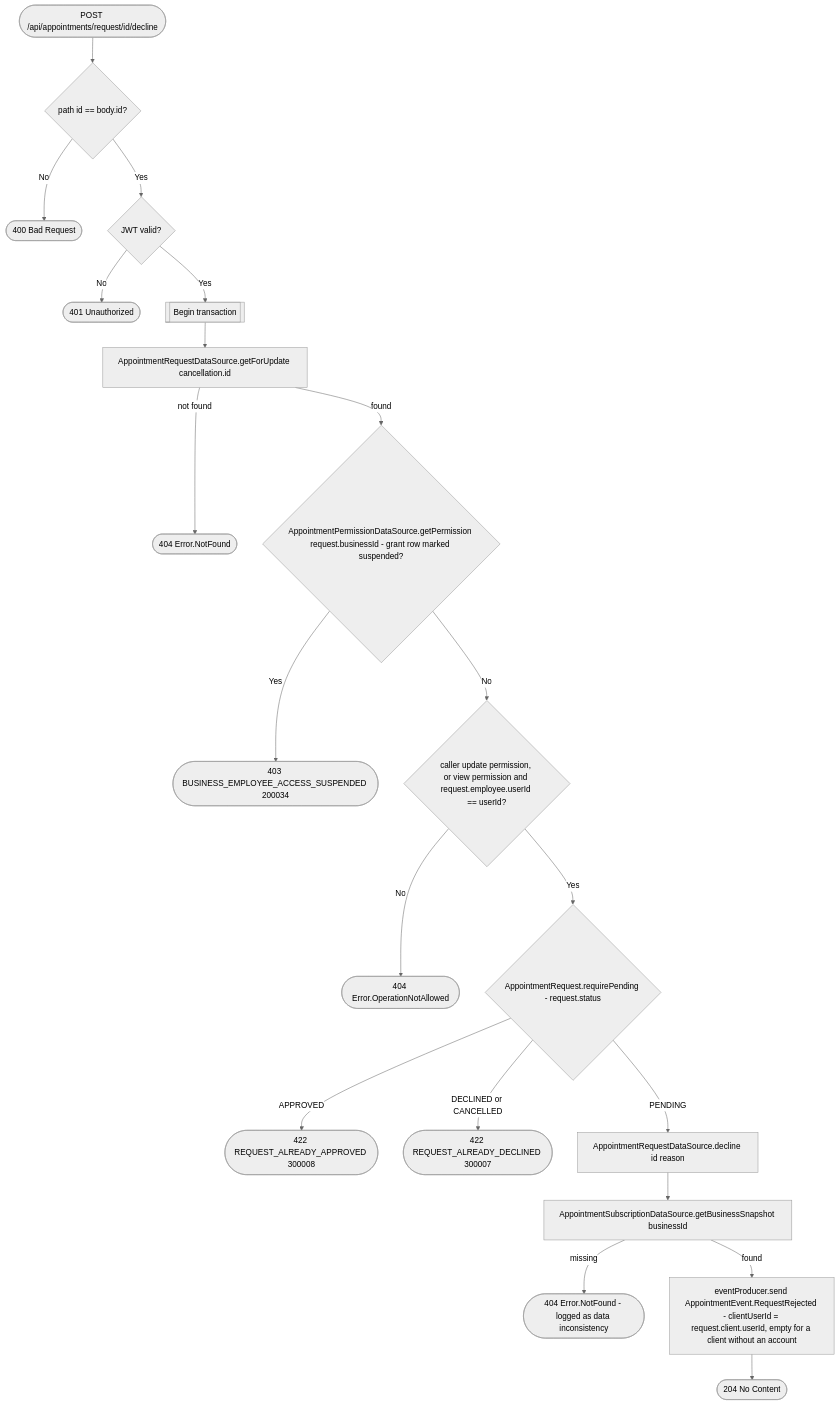
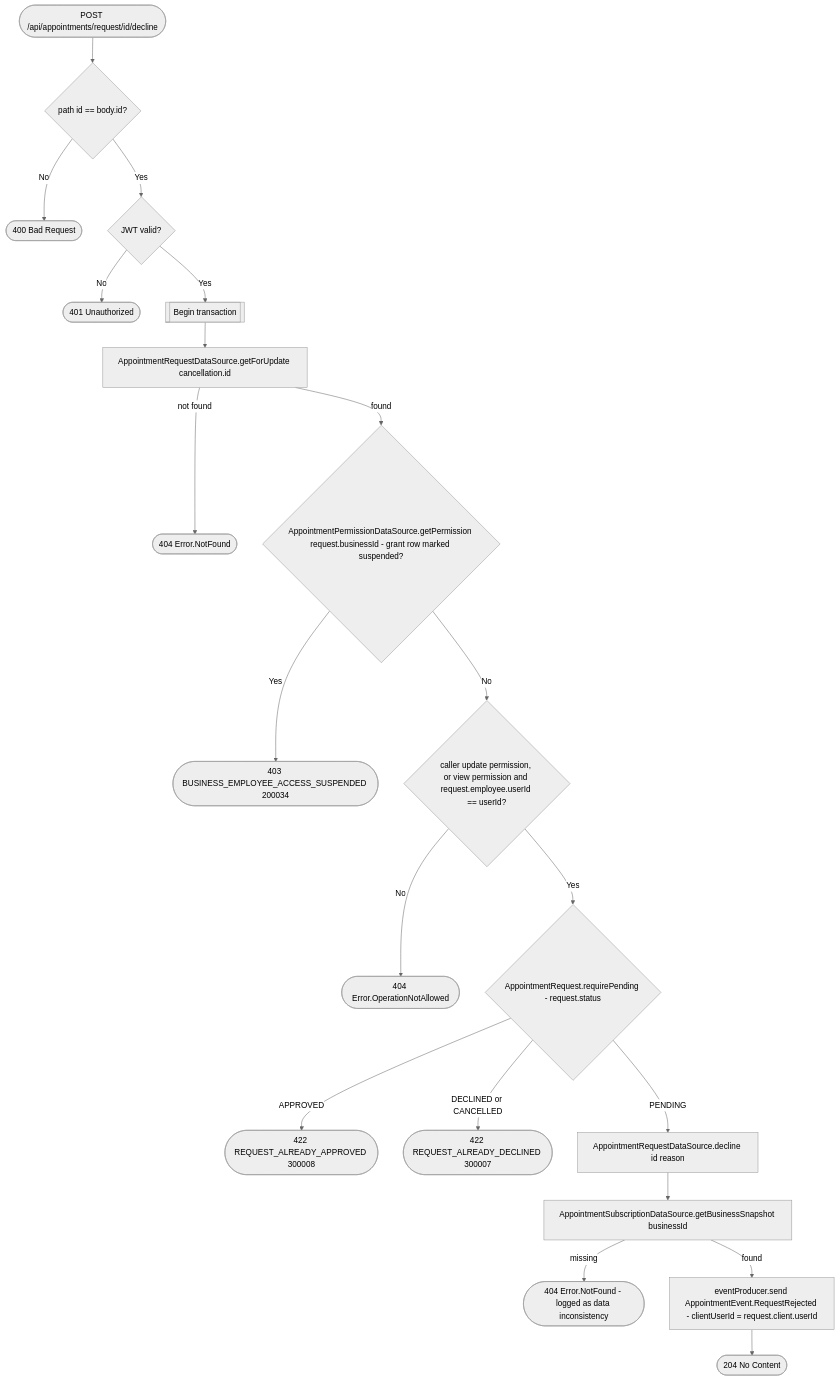
Before and after one commit to nocturneproperties/bookkme: the diagram in docs/operations/appointments/decline-appointment-request.md, drawn with Mermaid (neutral theme). The commit also changed 129 other files, not shown here.

````diff
--- a/docs/operations/appointments/decline-appointment-request.md
+++ b/docs/operations/appointments/decline-appointment-request.md
@@ -18,22 +18,22 @@
 ```mermaid
 flowchart TD
     Start([POST /api/appointments/request/id/decline]) --> PathCheck{path id == body.id?}
     PathCheck -- No --> R400([400 Bad Request])
     PathCheck -- Yes --> Auth{JWT valid?}
     Auth -- No --> R401([401 Unauthorized])
     Auth -- Yes --> Tx[[Begin transaction]]
     Tx --> Get[AppointmentRequestDataSource.getForUpdate cancellation.id]
     Get -- not found --> R404b([404 Error.NotFound])
     Get -- found --> Suspended{AppointmentPermissionDataSource.getPermission request.businessId - grant row marked suspended?}
     Suspended -- Yes --> R403s([403 BUSINESS_EMPLOYEE_ACCESS_SUSPENDED 200034])
     Suspended -- No --> Perm{caller update permission, or view permission and request.employee.userId == userId?}
     Perm -- No --> R404a([404 Error.OperationNotAllowed])
     Perm -- Yes --> Status{AppointmentRequest.requirePending - request.status}
     Status -- APPROVED --> R422a([422 REQUEST_ALREADY_APPROVED 300008])
     Status -- DECLINED or CANCELLED --> R422b([422 REQUEST_ALREADY_DECLINED 300007])
     Status -- PENDING --> Decline[AppointmentRequestDataSource.decline id reason]
     Decline --> Snapshot[AppointmentSubscriptionDataSource.getBusinessSnapshot businessId]
     Snapshot -- missing --> R404c([404 Error.NotFound - logged as data inconsistency])
-    Snapshot -- found --> Event["eventProducer.send AppointmentEvent.RequestRejected - clientUserId = request.client.userId, empty for a client without an account"]
+    Snapshot -- found --> Event["eventProducer.send AppointmentEvent.RequestRejected - clientUserId = request.client.userId"]
     Event --> R204([204 No Content])
 ```
````
